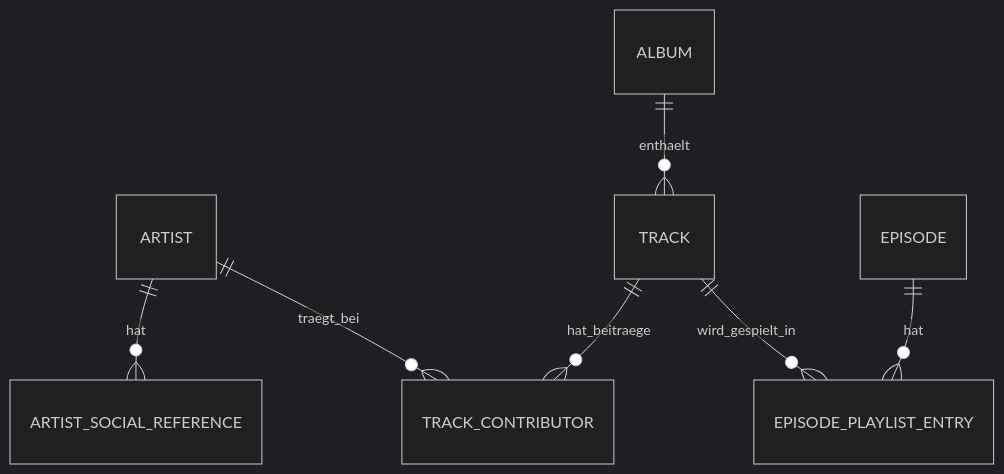
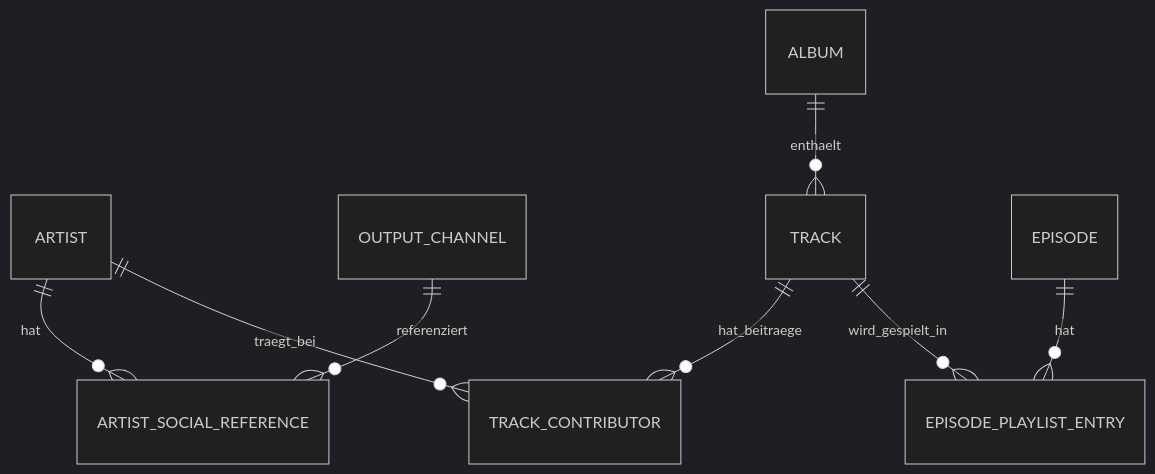
The diagram in docs/konzept.md (stefanschulz/setlister), drawn with Mermaid (dark theme) before and after one commit. The commit also changed other lines of this file and 26 other files, not shown here.

````diff
--- a/docs/konzept.md
+++ b/docs/konzept.md
@@ -132,9 +141,10 @@
 ```mermaid
 erDiagram
     ARTIST ||--o{ ARTIST_SOCIAL_REFERENCE : hat
+    OUTPUT_CHANNEL ||--o{ ARTIST_SOCIAL_REFERENCE : referenziert
     ARTIST ||--o{ TRACK_CONTRIBUTOR : traegt_bei
     TRACK ||--o{ TRACK_CONTRIBUTOR : hat_beitraege
     ALBUM ||--o{ TRACK : enthaelt
     EPISODE ||--o{ EPISODE_PLAYLIST_ENTRY : hat
     TRACK ||--o{ EPISODE_PLAYLIST_ENTRY : wird_gespielt_in
 ```
````
